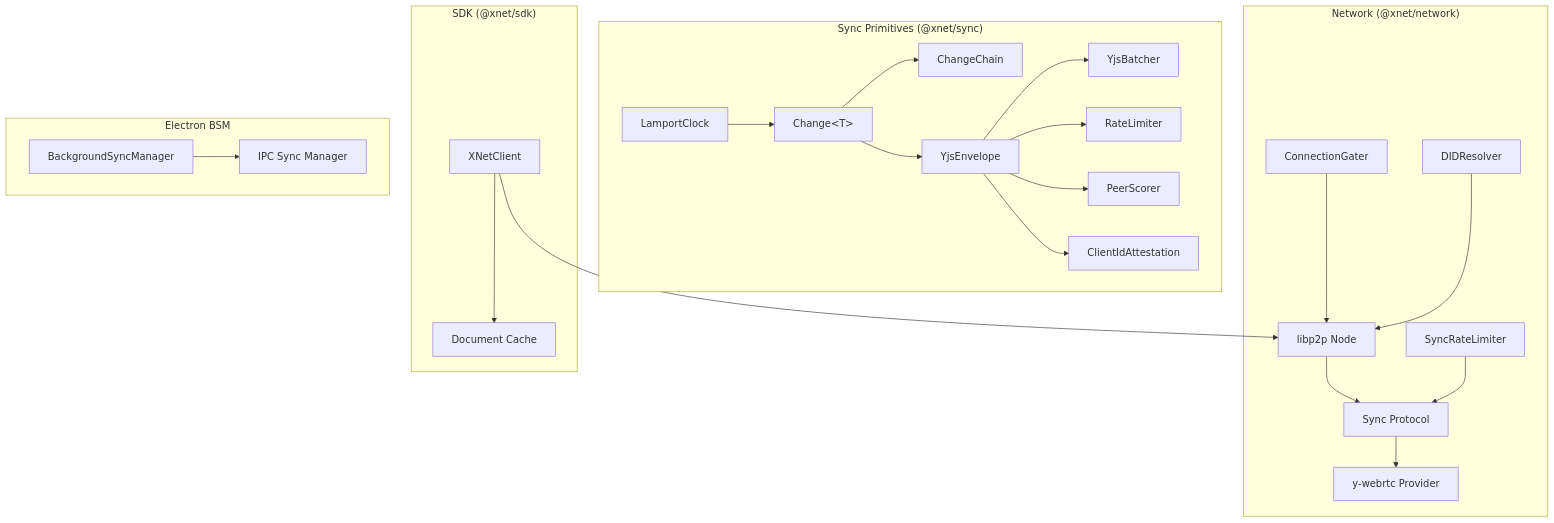
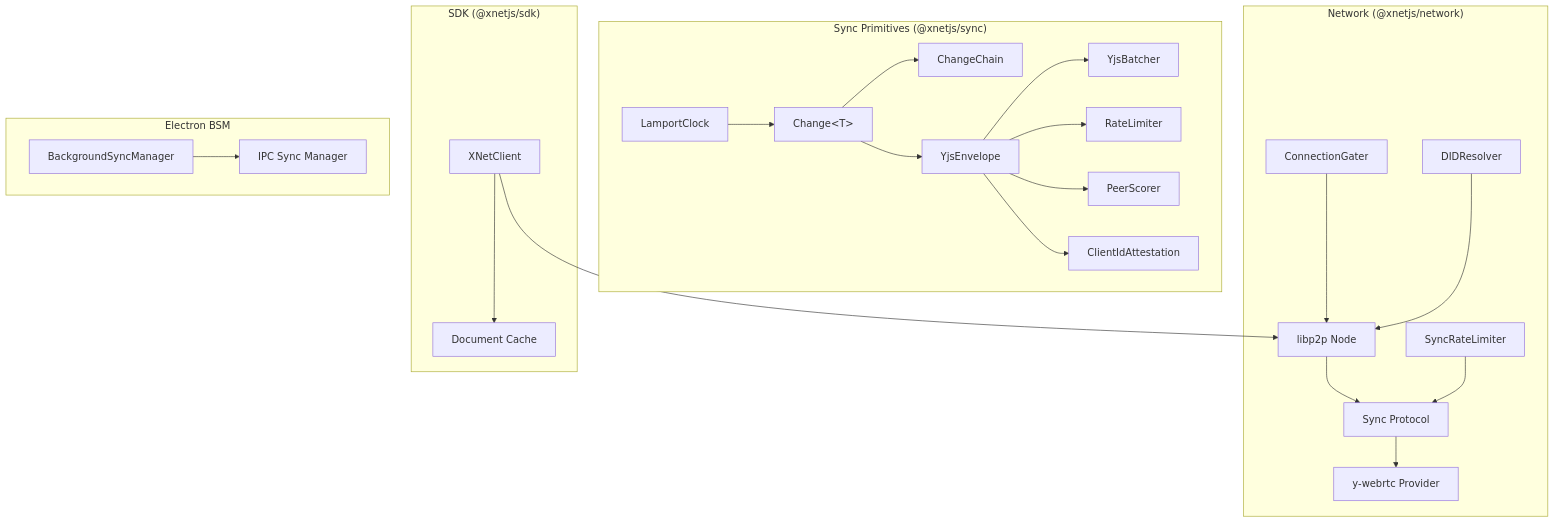
One commit to crs48/xNet changed the first of 2 diagrams in docs/reviews/2026-01-30/05-sync-network.md. Above: the diagram before and after it, drawn with Mermaid. The commit also changed other lines of this file and 980 other files, not shown here.

````diff
--- a/docs/reviews/2026-01-30/05-sync-network.md
+++ b/docs/reviews/2026-01-30/05-sync-network.md
@@ -7,51 +7,51 @@
 ```mermaid
 graph TD
-    subgraph "Sync Primitives (@xnet/sync)"
+    subgraph "Sync Primitives (@xnetjs/sync)"
         clock["LamportClock"]
         change["Change&lt;T&gt;"]
         chain["ChangeChain"]
         envelope["YjsEnvelope"]
         batcher["YjsBatcher"]
         limits["RateLimiter"]
         scoring["PeerScorer"]
         attest["ClientIdAttestation"]
     end
 
-    subgraph "Network (@xnet/network)"
+    subgraph "Network (@xnetjs/network)"
         node["libp2p Node"]
         proto["Sync Protocol"]
         yrtc["y-webrtc Provider"]
         gater["ConnectionGater"]
         ratelim["SyncRateLimiter"]
         resolver["DIDResolver"]
     end
 
-    subgraph "SDK (@xnet/sdk)"
+    subgraph "SDK (@xnetjs/sdk)"
         client["XNetClient"]
         cache["Document Cache"]
     end
 
     subgraph "Electron BSM"
         bsm["BackgroundSyncManager"]
         ipc["IPC Sync Manager"]
     end
 
     clock --> change
     change --> chain
     change --> envelope
     envelope --> batcher
     envelope --> limits
     envelope --> scoring
     envelope --> attest
 
     proto --> yrtc
     node --> proto
     gater --> node
     ratelim --> proto
     resolver --> node
 
     client --> node
     client --> cache
 
     bsm --> ipc
 ```
````
